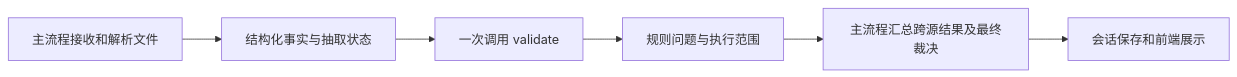
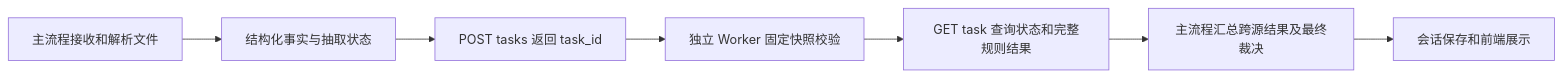
Before and after one commit to JDCave/crosstax-ai: the diagram in backend/api/STRUCTURED_CRS_API.md, drawn with Mermaid. The commit also changed other lines of this file and 12 other files, not shown here.

````diff
--- a/backend/api/STRUCTURED_CRS_API.md
+++ b/backend/api/STRUCTURED_CRS_API.md
@@ -9,8 +10,9 @@
 ```mermaid
 flowchart LR
     A[主流程接收和解析文件] --> B[结构化事实与抽取状态]
-    B --> C[一次调用 validate]
-    C --> D[规则问题与执行范围]
+    B --> C[POST tasks 返回 task_id]
+    C --> W[独立 Worker 固定快照校验]
+    W --> D[GET task 查询状态和完整规则结果]
     D --> E[主流程汇总跨源结果及最终裁决]
     E --> F[会话保存和前端展示]
 ```
````
